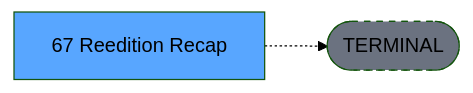
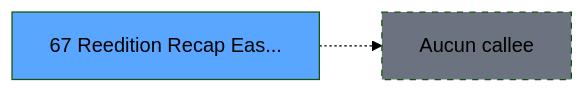
The third of 3 diagrams in .openspec/specs/ADH-IDE-67.md (thonyAGP/lecteur-magic), drawn with Mermaid (forest theme) before and after one commit. The commit also changed other lines of this file and 96 other files, not shown here.

````diff
--- a/.openspec/specs/ADH-IDE-67.md
+++ b/.openspec/specs/ADH-IDE-67.md
@@ -134,8 +173,8 @@
 ```mermaid
 graph LR
-    T[67 Reedition Recap]
-    TERM([TERMINAL])
-    T -.-> TERM
-    style TERM fill:#6b7280,stroke-dasharray: 5 5
-    style T fill:#58a6ff,color:#000
+    T67[67 Reedition Recap Eas...]
+    style T67 fill:#58a6ff
+    NONE[Aucun callee]
+    T67 -.-> NONE
+    style NONE fill:#6b7280,stroke-dasharray: 5 5
 ```
````
